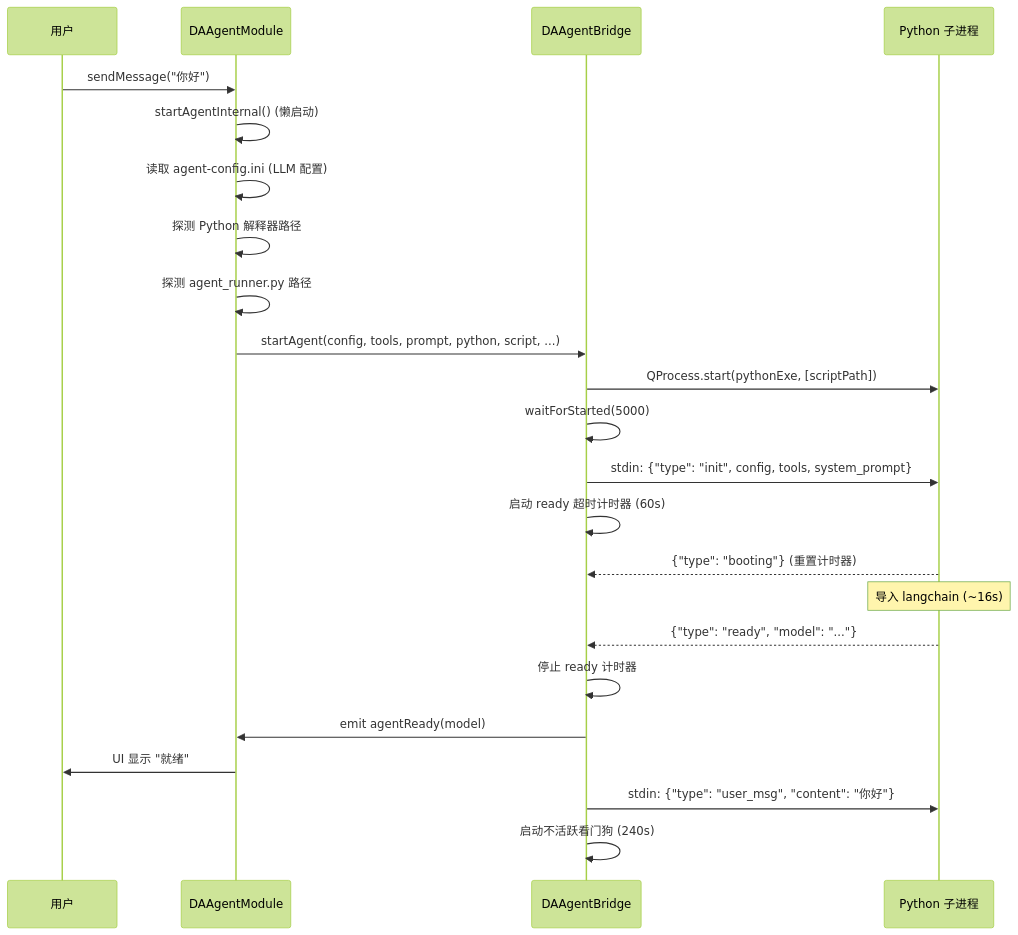
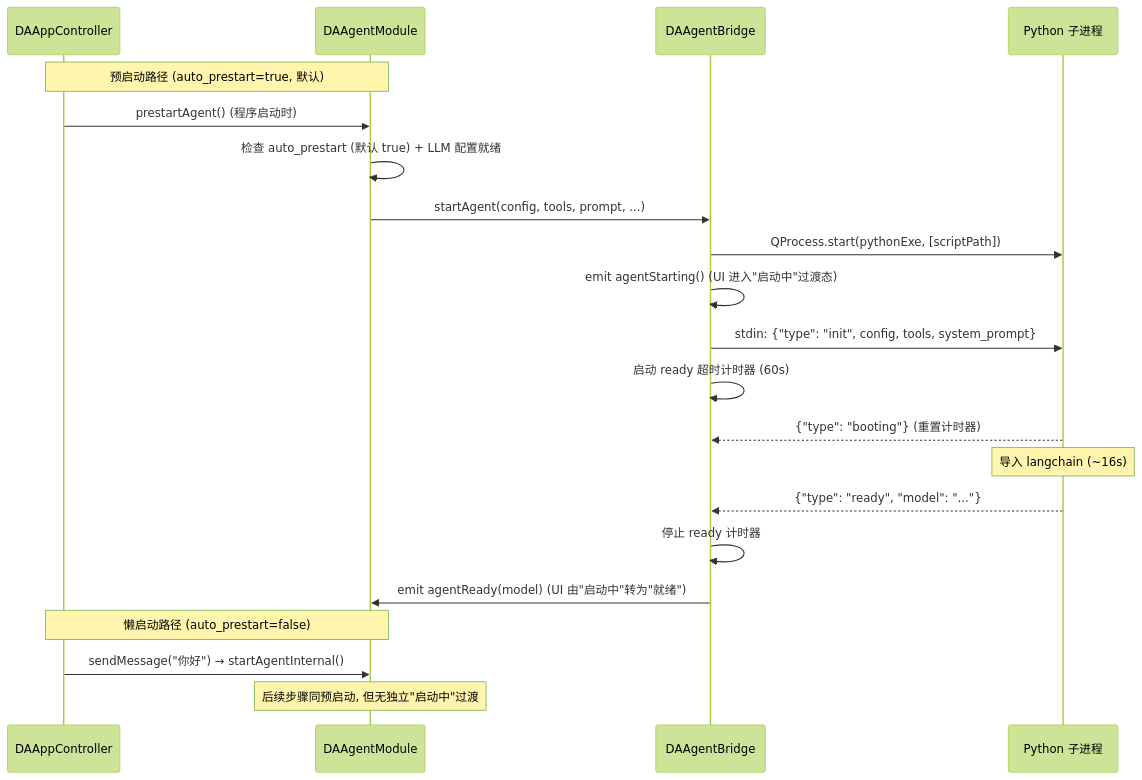
Before and after one commit to czyt1988/data-workbench: the first of 4 diagrams in docs/zh/dev-guide/agent/crash-recovery.md, drawn with Mermaid (forest theme). The commit also changed other lines of this file and 69 other files, not shown here.

````diff
--- a/docs/zh/dev-guide/agent/crash-recovery.md
+++ b/docs/zh/dev-guide/agent/crash-recovery.md
@@ -11,29 +13,26 @@
 ```mermaid
 sequenceDiagram
-    participant U as 用户
+    participant App as DAAppController
     participant M as DAAgentModule
     participant B as DAAgentBridge
     participant P as Python 子进程
 
-    U->>M: sendMessage("你好")
-    M->>M: startAgentInternal() (懒启动)
-    M->>M: 读取 agent-config.ini (LLM 配置)
-    M->>M: 探测 Python 解释器路径
-    M->>M: 探测 agent_runner.py 路径
-    M->>B: startAgent(config, tools, prompt, python, script, ...)
+    Note over App,M: 预启动路径 (auto_prestart=true, 默认)
+    App->>M: prestartAgent() (程序启动时)
+    M->>M: 检查 auto_prestart (默认 true) + LLM 配置就绪
+    M->>B: startAgent(config, tools, prompt, ...)
     B->>P: QProcess.start(pythonExe, [scriptPath])
-    B->>B: waitForStarted(5000)
+    B->>B: emit agentStarting() (UI 进入"启动中"过渡态)
     B->>P: stdin: {"type": "init", config, tools, system_prompt}
     B->>B: 启动 ready 超时计时器 (60s)
 
     P-->>B: {"type": "booting"} (重置计时器)
     Note over P: 导入 langchain (~16s)
     P-->>B: {"type": "ready", "model": "..."}
+    B->>B: 停止 ready 计时器
+    B->>M: emit agentReady(model) (UI 由"启动中"转为"就绪")
 
-    B->>B: 停止 ready 计时器
-    B->>M: emit agentReady(model)
-    M->>U: UI 显示 "就绪"
-
-    B->>P: stdin: {"type": "user_msg", "content": "你好"}
-    B->>B: 启动不活跃看门狗 (240s)
+    Note over App,M: 懒启动路径 (auto_prestart=false)
+    App->>M: sendMessage("你好") → startAgentInternal()
+    Note over M: 后续步骤同预启动, 但无独立"启动中"过渡
 ```
````
